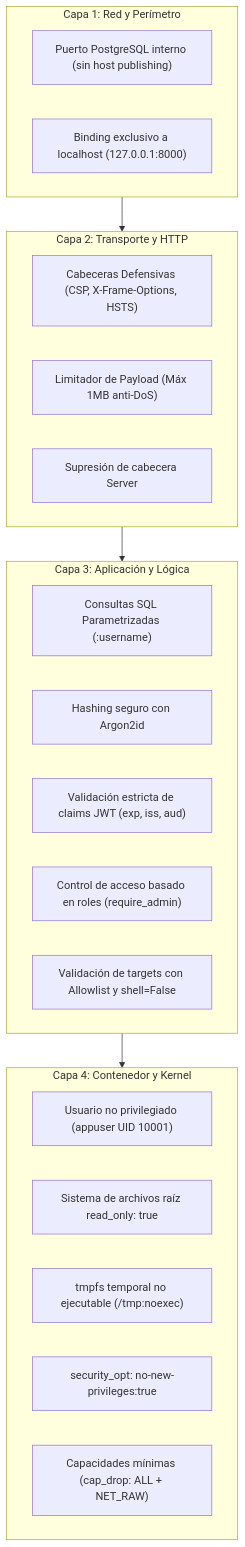
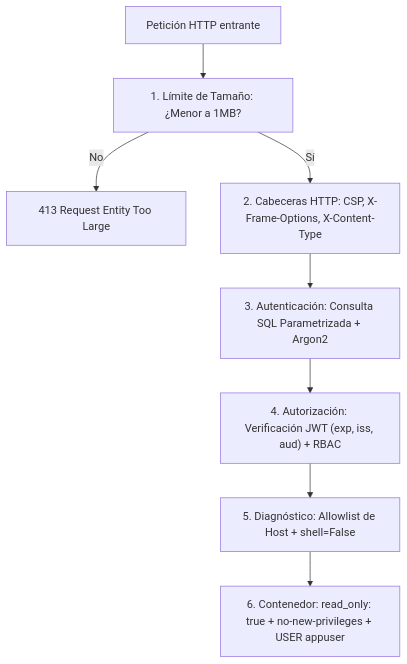
One commit to 02loveslollipop/opsdesk changed the seventh of 8 diagrams in README.md. Above: the diagram before and after it, drawn with Mermaid. The commit also changed other lines of this file, not shown here.

Commit message:
docs: simplify all Mermaid diagrams into direct, clean flowcharts

````diff
--- a/README.md
+++ b/README.md
@@ -512,33 +377,10 @@
 ```mermaid
-graph TD
-    subgraph Capa1["Capa 1: Red y Perímetro"]
-        N1["Puerto PostgreSQL interno (sin host publishing)"]
-        N2["Binding exclusivo a localhost (127.0.0.1:8000)"]
-    end
-
-    subgraph Capa2["Capa 2: Transporte y HTTP"]
-        H1["Cabeceras Defensivas (CSP, X-Frame-Options, HSTS)"]
-        H2["Limitador de Payload (Máx 1MB anti-DoS)"]
-        H3["Supresión de cabecera Server"]
-    end
-
-    subgraph Capa3["Capa 3: Aplicación y Lógica"]
-        A1["Consultas SQL Parametrizadas (:username)"]
-        A2["Hashing seguro con Argon2id"]
-        A3["Validación estricta de claims JWT (exp, iss, aud)"]
-        A4["Control de acceso basado en roles (require_admin)"]
-        A5["Validación de targets con Allowlist y shell=False"]
-    end
-
-    subgraph Capa4["Capa 4: Contenedor y Kernel"]
-        C1["Usuario no privilegiado (appuser UID 10001)"]
-        C2["Sistema de archivos raíz read_only: true"]
-        C3["tmpfs temporal no ejecutable (/tmp:noexec)"]
-        C4["security_opt: no-new-privileges:true"]
-        C5["Capacidades mínimas (cap_drop: ALL + NET_RAW)"]
-    end
-
-    Capa1 --> Capa2
-    Capa2 --> Capa3
-    Capa3 --> Capa4
+flowchart TD
+    Req["Petición HTTP entrante"] --> L1["1. Límite de Tamaño: ¿Menor a 1MB?"]
+    L1 -- No --> R1["413 Request Entity Too Large"]
+    L1 -- Sí --> L2["2. Cabeceras HTTP: CSP, X-Frame-Options, X-Content-Type"]
+    L2 --> L3["3. Autenticación: Consulta SQL Parametrizada + Argon2"]
+    L3 --> L4["4. Autorización: Verificación JWT (exp, iss, aud) + RBAC"]
+    L4 --> L5["5. Diagnóstico: Allowlist de Host + shell=False"]
+    L5 --> L6["6. Contenedor: read_only: true + no-new-privileges + USER appuser"]
 ```
````
